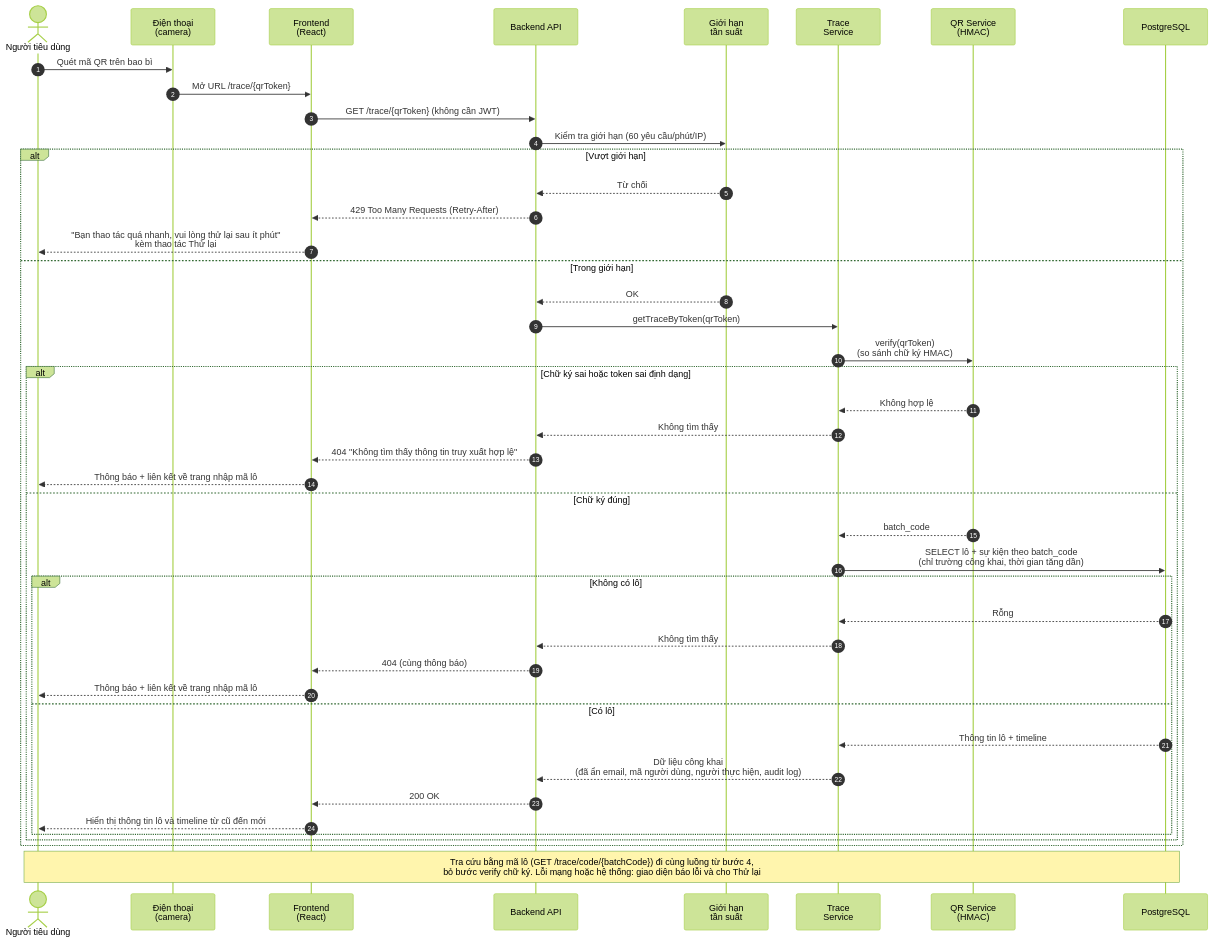
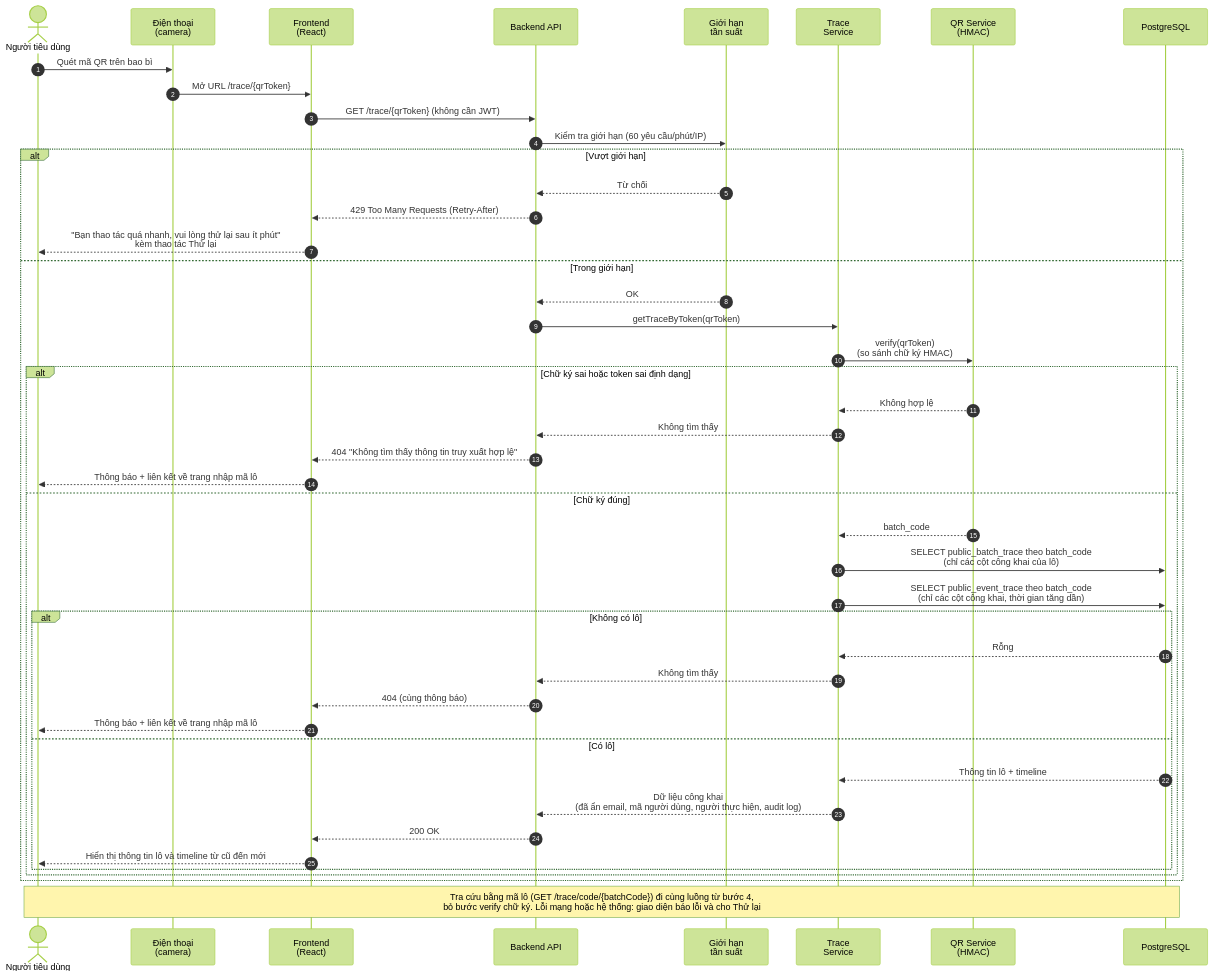
The second of 3 diagrams in docs/UML/sequence-diagrams.md (hbao06/food-supply-chain-traceability-portal), drawn with Mermaid (forest theme) before and after one commit. The commit also changed other lines of this file and 5 other files, not shown here.

Commit message:
docs(test): address W3-TV4 sequence and test plan review

````diff
--- a/docs/UML/sequence-diagrams.md
+++ b/docs/UML/sequence-diagrams.md
@@ -108,47 +109,48 @@
 ```mermaid
 sequenceDiagram
     autonumber
     actor C as Người tiêu dùng
     participant PH as Điện thoại<br/>(camera)
     participant FE as Frontend<br/>(React)
     participant API as Backend API
     participant RL as Giới hạn<br/>tần suất
     participant TS as Trace<br/>Service
     participant QR as QR Service<br/>(HMAC)
     participant DB as PostgreSQL
 
     C->>PH: Quét mã QR trên bao bì
     PH->>FE: Mở URL /trace/{qrToken}
     FE->>API: GET /trace/{qrToken} (không cần JWT)
     API->>RL: Kiểm tra giới hạn (60 yêu cầu/phút/IP)
     alt Vượt giới hạn
         RL-->>API: Từ chối
         API-->>FE: 429 Too Many Requests (Retry-After)
         FE-->>C: "Bạn thao tác quá nhanh, vui lòng thử lại sau ít phút"<br/>kèm thao tác Thử lại
     else Trong giới hạn
         RL-->>API: OK
         API->>TS: getTraceByToken(qrToken)
         TS->>QR: verify(qrToken)<br/>(so sánh chữ ký HMAC)
         alt Chữ ký sai hoặc token sai định dạng
             QR-->>TS: Không hợp lệ
             TS-->>API: Không tìm thấy
             API-->>FE: 404 "Không tìm thấy thông tin truy xuất hợp lệ"
             FE-->>C: Thông báo + liên kết về trang nhập mã lô
         else Chữ ký đúng
             QR-->>TS: batch_code
-            TS->>DB: SELECT lô + sự kiện theo batch_code<br/>(chỉ trường công khai, thời gian tăng dần)
+            TS->>DB: SELECT public_batch_trace theo batch_code<br/>(chỉ các cột công khai của lô)
+            TS->>DB: SELECT public_event_trace theo batch_code<br/>(chỉ các cột công khai, thời gian tăng dần)
             alt Không có lô
                 DB-->>TS: Rỗng
                 TS-->>API: Không tìm thấy
                 API-->>FE: 404 (cùng thông báo)
                 FE-->>C: Thông báo + liên kết về trang nhập mã lô
             else Có lô
                 DB-->>TS: Thông tin lô + timeline
                 TS-->>API: Dữ liệu công khai<br/>(đã ẩn email, mã người dùng, người thực hiện, audit log)
                 API-->>FE: 200 OK
                 FE-->>C: Hiển thị thông tin lô và timeline từ cũ đến mới
             end
         end
     end
     Note over C,DB: Tra cứu bằng mã lô (GET /trace/code/{batchCode}) đi cùng luồng từ bước 4,<br/>bỏ bước verify chữ ký. Lỗi mạng hoặc hệ thống: giao diện báo lỗi và cho Thử lại
 ```
````
